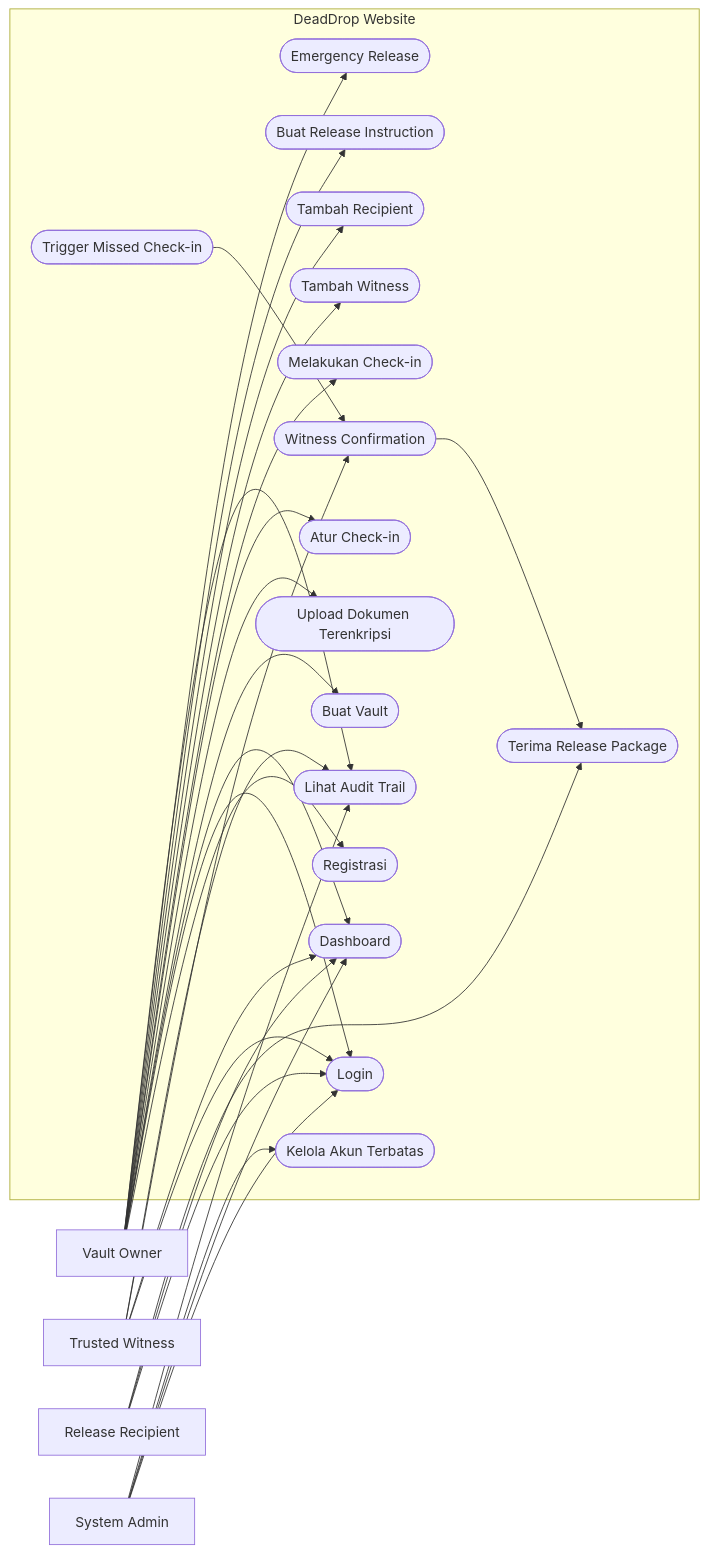
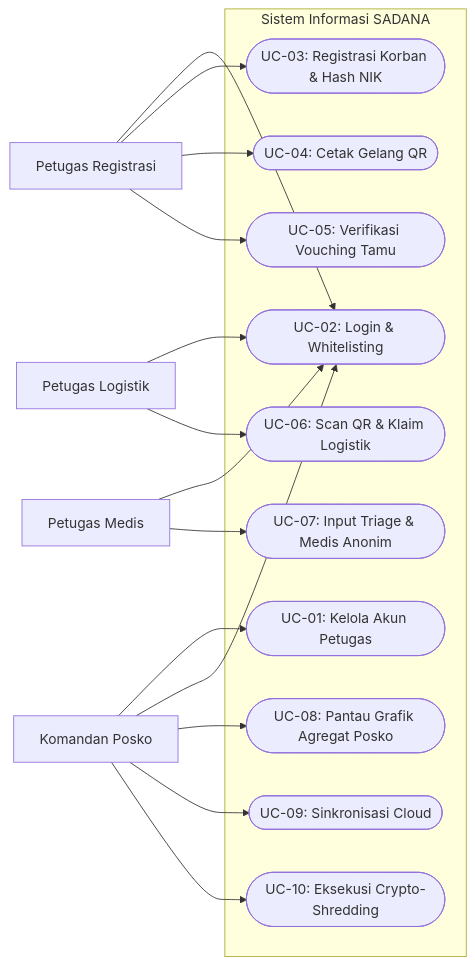
One commit to Mubax5/FITComp changed the first of 7 diagrams in README.md. Above: the diagram before and after it, drawn with Mermaid. The commit also changed other lines of this file, not shown here.

````diff
--- a/README.md
+++ b/README.md
@@ -693,56 +252,38 @@
 ```mermaid
 flowchart LR
-    O[Vault Owner]
-    W[Trusted Witness]
-    R[Release Recipient]
-    A[System Admin]
+    K[Komandan Posko]
+    PR[Petugas Registrasi]
+    PL[Petugas Logistik]
+    PM[Petugas Medis]
 
-    subgraph Sistem[DeadDrop Website]
-        UC1([Registrasi])
-        UC2([Login])
-        UC3([Dashboard])
-        UC4([Buat Vault])
-        UC5([Upload Dokumen Terenkripsi])
-        UC6([Atur Check-in])
-        UC7([Melakukan Check-in])
-        UC8([Tambah Witness])
-        UC9([Tambah Recipient])
-        UC10([Buat Release Instruction])
-        UC11([Trigger Missed Check-in])
-        UC12([Witness Confirmation])
-        UC13([Emergency Release])
-        UC14([Terima Release Package])
-        UC15([Lihat Audit Trail])
-        UC16([Kelola Akun Terbatas])
+    subgraph SADANA[Sistem Informasi SADANA]
+        UC1([UC-01: Kelola Akun Petugas])
+        UC2([UC-02: Login & Whitelisting])
+        UC3([UC-03: Registrasi Korban & Hash NIK])
+        UC4([UC-04: Cetak Gelang QR])
+        UC5([UC-05: Verifikasi Vouching Tamu])
+        UC6([UC-06: Scan QR & Klaim Logistik])
+        UC7([UC-07: Input Triage & Medis Anonim])
+        UC8([UC-08: Pantau Grafik Agregat Posko])
+        UC9([UC-09: Sinkronisasi Cloud])
+        UC10([UC-10: Eksekusi Crypto-Shredding])
     end
 
-    O --> UC1
-    O --> UC2
-    O --> UC3
-    O --> UC4
-    O --> UC5
-    O --> UC6
-    O --> UC7
-    O --> UC8
-    O --> UC9
-    O --> UC10
-    O --> UC13
-    O --> UC15
+    K --> UC1
+    K --> UC2
+    PR --> UC2
+    PL --> UC2
+    PM --> UC2
 
-    W --> UC2
-    W --> UC3
-    W --> UC12
-    W --> UC15
+    PR --> UC3
+    PR --> UC4
+    PR --> UC5
 
-    R --> UC2
-    R --> UC3
-    R --> UC14
+    PL --> UC6
+    PM --> UC7
 
-    A --> UC2
-    A --> UC3
-    A --> UC16
-    A --> UC15
+    K --> UC8
+    K --> UC9
+    K --> UC10
 
-    UC11 --> UC12
-    UC12 --> UC14
 ```
````
